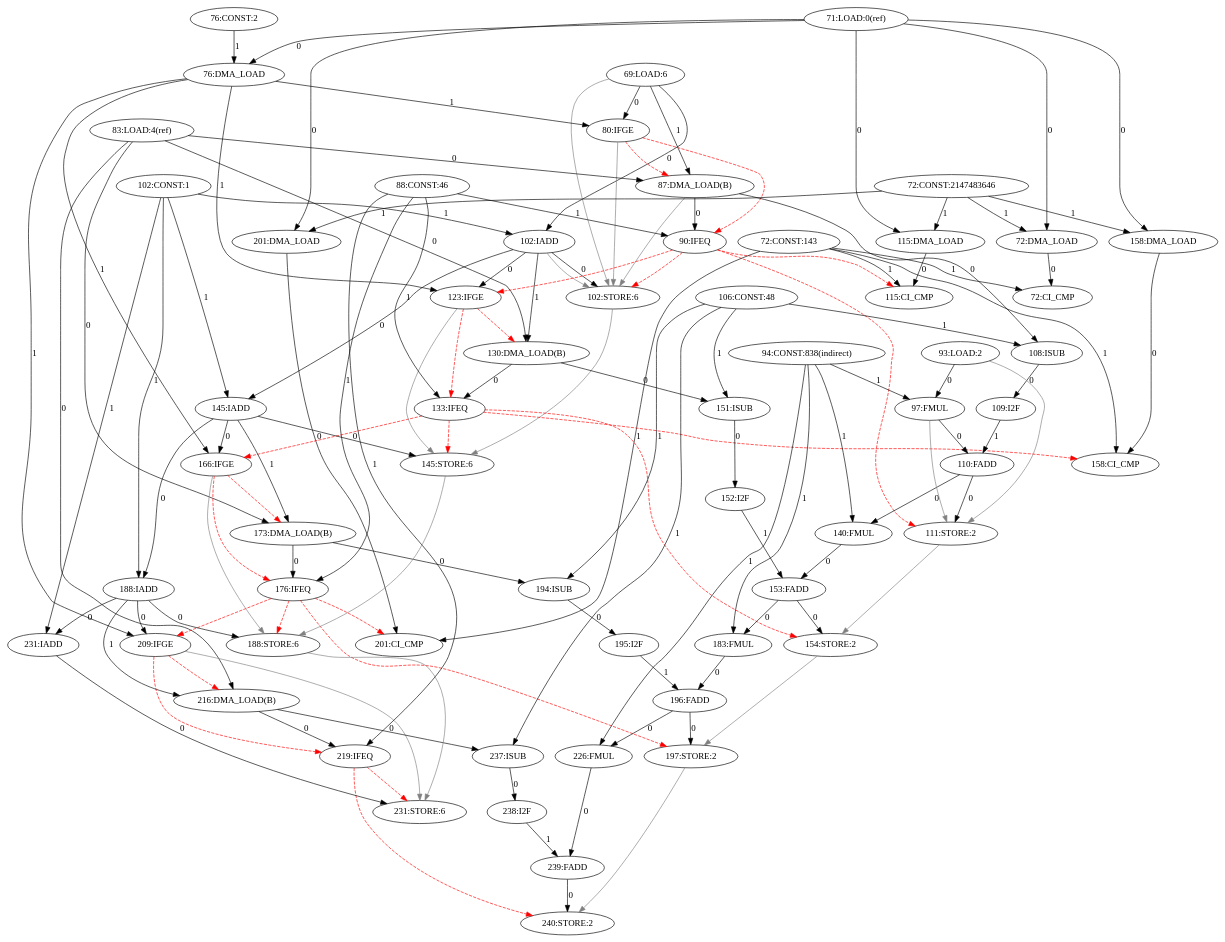
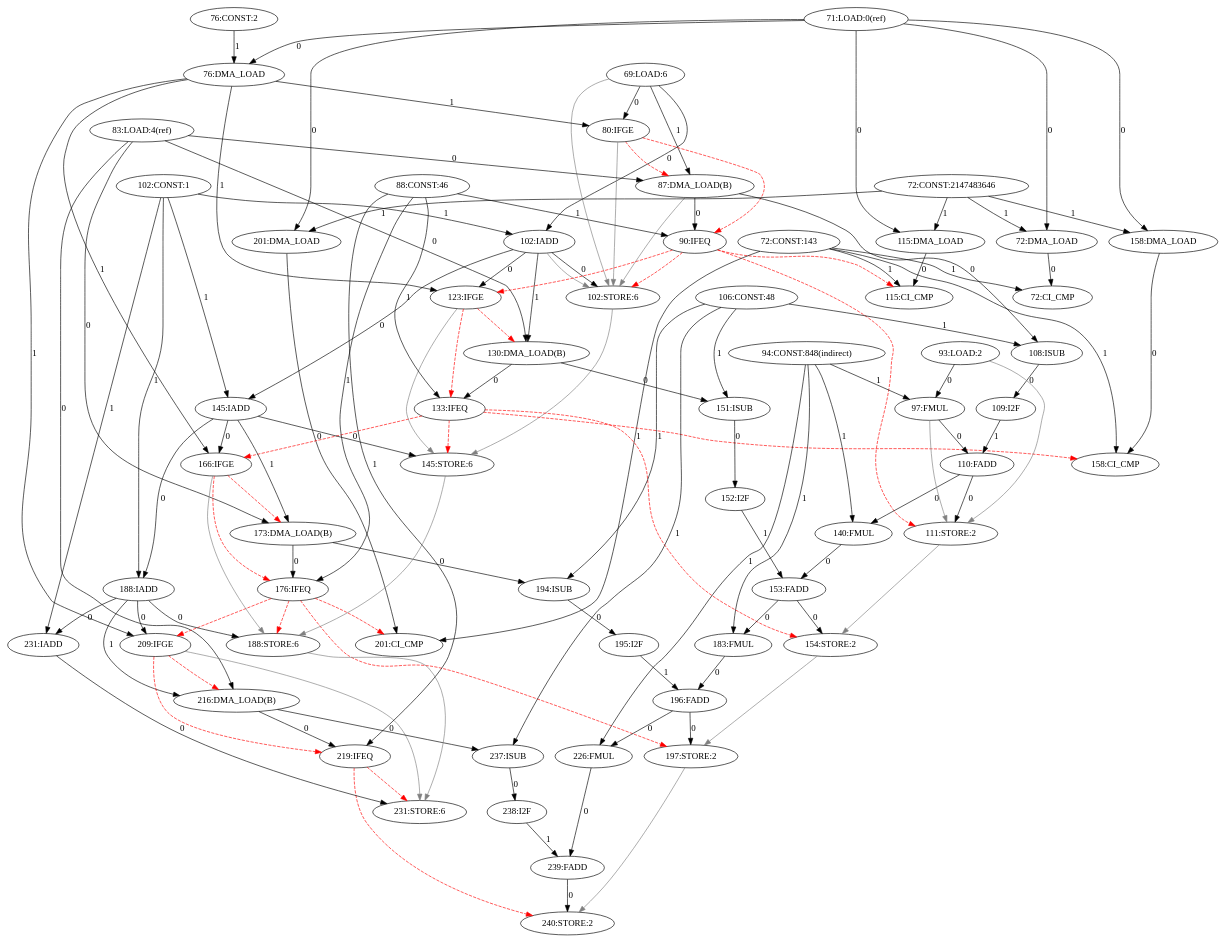
One commit to Ana-Borg/CGRA-Versuch changed the diagram in amidar-sim2/Amidar/log/java.lang.Float.parseFloat(Ljava.lang.String;)F-69-244-CDFG.dot. Above: the diagram before and after it, drawn with Graphviz. The commit also changed 119 other files, not shown here.

```diff
--- a/amidar-sim2/Amidar/log/java.lang.Float.parseFloat(Ljava.lang.String;)F-69-244-CDFG.dot
+++ b/amidar-sim2/Amidar/log/java.lang.Float.parseFloat(Ljava.lang.String;)F-69-244-CDFG.dot
@@ -1,125 +1,125 @@
 digraph depgraph {
 "102:IADD" -> "102:STORE:6"[label=0];
 "69:LOAD:6" -> "102:STORE:6"[color=gray];
 "80:IFGE" -> "102:STORE:6"[color=gray];
 "87:DMA_LOAD(B)" -> "102:STORE:6"[color=gray];
 "90:IFEQ" -> "102:STORE:6"[color=red,style=dashed];
 "102:IADD" -> "102:STORE:6"[color=gray];
 "69:LOAD:6" -> "80:IFGE"[label=0];
 "76:DMA_LOAD" -> "80:IFGE"[label=1];
 "83:LOAD:4(ref)" -> "87:DMA_LOAD(B)"[label=0];
 "69:LOAD:6" -> "87:DMA_LOAD(B)"[label=1];
 "80:IFGE" -> "87:DMA_LOAD(B)"[color=red,style=dashed];
 "69:LOAD:6" -> "102:IADD"[label=0];
 "102:CONST:1" -> "102:IADD"[label=1];
 "71:LOAD:0(ref)" -> "72:DMA_LOAD"[label=0];
 "72:CONST:2147483646" -> "72:DMA_LOAD"[label=1];
 "71:LOAD:0(ref)" -> "76:DMA_LOAD"[label=0];
 "76:CONST:2" -> "76:DMA_LOAD"[label=1];
 "71:LOAD:0(ref)" -> "115:DMA_LOAD"[label=0];
 "72:CONST:2147483646" -> "115:DMA_LOAD"[label=1];
 "71:LOAD:0(ref)" -> "158:DMA_LOAD"[label=0];
 "72:CONST:2147483646" -> "158:DMA_LOAD"[label=1];
 "71:LOAD:0(ref)" -> "201:DMA_LOAD"[label=0];
 "72:CONST:2147483646" -> "201:DMA_LOAD"[label=1];
 "72:DMA_LOAD" -> "72:CI_CMP"[label=0];
 "72:CONST:143" -> "72:CI_CMP"[label=1];
 "115:DMA_LOAD" -> "115:CI_CMP"[label=0];
 "72:CONST:143" -> "115:CI_CMP"[label=1];
 "90:IFEQ" -> "115:CI_CMP"[color=red,style=dashed];
 "158:DMA_LOAD" -> "158:CI_CMP"[label=0];
 "72:CONST:143" -> "158:CI_CMP"[label=1];
 "133:IFEQ" -> "158:CI_CMP"[color=red,style=dashed];
 "201:DMA_LOAD" -> "201:CI_CMP"[label=0];
 "72:CONST:143" -> "201:CI_CMP"[label=1];
 "176:IFEQ" -> "201:CI_CMP"[color=red,style=dashed];
 "102:IADD" -> "123:IFGE"[label=0];
 "76:DMA_LOAD" -> "123:IFGE"[label=1];
 "90:IFEQ" -> "123:IFGE"[color=red,style=dashed];
 "145:IADD" -> "166:IFGE"[label=0];
 "76:DMA_LOAD" -> "166:IFGE"[label=1];
 "133:IFEQ" -> "166:IFGE"[color=red,style=dashed];
 "188:IADD" -> "209:IFGE"[label=0];
 "76:DMA_LOAD" -> "209:IFGE"[label=1];
 "176:IFEQ" -> "209:IFGE"[color=red,style=dashed];
 "87:DMA_LOAD(B)" -> "90:IFEQ"[label=0];
 "88:CONST:46" -> "90:IFEQ"[label=1];
 "80:IFGE" -> "90:IFEQ"[color=red,style=dashed];
 "83:LOAD:4(ref)" -> "130:DMA_LOAD(B)"[label=0];
 "102:IADD" -> "130:DMA_LOAD(B)"[label=1];
 "123:IFGE" -> "130:DMA_LOAD(B)"[color=red,style=dashed];
 "83:LOAD:4(ref)" -> "173:DMA_LOAD(B)"[label=0];
 "145:IADD" -> "173:DMA_LOAD(B)"[label=1];
 "166:IFGE" -> "173:DMA_LOAD(B)"[color=red,style=dashed];
 "83:LOAD:4(ref)" -> "216:DMA_LOAD(B)"[label=0];
 "188:IADD" -> "216:DMA_LOAD(B)"[label=1];
 "209:IFGE" -> "216:DMA_LOAD(B)"[color=red,style=dashed];
 "87:DMA_LOAD(B)" -> "108:ISUB"[label=0];
 "106:CONST:48" -> "108:ISUB"[label=1];
 "130:DMA_LOAD(B)" -> "133:IFEQ"[label=0];
 "88:CONST:46" -> "133:IFEQ"[label=1];
 "123:IFGE" -> "133:IFEQ"[color=red,style=dashed];
 "173:DMA_LOAD(B)" -> "176:IFEQ"[label=0];
 "88:CONST:46" -> "176:IFEQ"[label=1];
 "166:IFGE" -> "176:IFEQ"[color=red,style=dashed];
 "216:DMA_LOAD(B)" -> "219:IFEQ"[label=0];
 "88:CONST:46" -> "219:IFEQ"[label=1];
 "209:IFGE" -> "219:IFEQ"[color=red,style=dashed];
 "110:FADD" -> "111:STORE:2"[label=0];
 "90:IFEQ" -> "111:STORE:2"[color=red,style=dashed];
 "93:LOAD:2" -> "111:STORE:2"[color=gray];
 "97:FMUL" -> "111:STORE:2"[color=gray];
 "93:LOAD:2" -> "97:FMUL"[label=0];
-"94:CONST:838(indirect)" -> "97:FMUL"[label=1];
+"94:CONST:848(indirect)" -> "97:FMUL"[label=1];
 "110:FADD" -> "140:FMUL"[label=0];
-"94:CONST:838(indirect)" -> "140:FMUL"[label=1];
+"94:CONST:848(indirect)" -> "140:FMUL"[label=1];
 "153:FADD" -> "183:FMUL"[label=0];
-"94:CONST:838(indirect)" -> "183:FMUL"[label=1];
+"94:CONST:848(indirect)" -> "183:FMUL"[label=1];
 "196:FADD" -> "226:FMUL"[label=0];
-"94:CONST:838(indirect)" -> "226:FMUL"[label=1];
+"94:CONST:848(indirect)" -> "226:FMUL"[label=1];
 "97:FMUL" -> "110:FADD"[label=0];
 "109:I2F" -> "110:FADD"[label=1];
 "102:IADD" -> "145:IADD"[label=0];
 "102:CONST:1" -> "145:IADD"[label=1];
 "145:IADD" -> "188:IADD"[label=0];
 "102:CONST:1" -> "188:IADD"[label=1];
 "188:IADD" -> "231:IADD"[label=0];
 "102:CONST:1" -> "231:IADD"[label=1];
 "145:IADD" -> "145:STORE:6"[label=0];
 "102:STORE:6" -> "145:STORE:6"[color=gray];
 "123:IFGE" -> "145:STORE:6"[color=gray];
 "133:IFEQ" -> "145:STORE:6"[color=red,style=dashed];
 "130:DMA_LOAD(B)" -> "151:ISUB"[label=0];
 "106:CONST:48" -> "151:ISUB"[label=1];
 "173:DMA_LOAD(B)" -> "194:ISUB"[label=0];
 "106:CONST:48" -> "194:ISUB"[label=1];
 "216:DMA_LOAD(B)" -> "237:ISUB"[label=0];
 "106:CONST:48" -> "237:ISUB"[label=1];
 "108:ISUB" -> "109:I2F"[label=0];
 "153:FADD" -> "154:STORE:2"[label=0];
 "111:STORE:2" -> "154:STORE:2"[color=gray];
 "133:IFEQ" -> "154:STORE:2"[color=red,style=dashed];
 "140:FMUL" -> "153:FADD"[label=0];
 "152:I2F" -> "153:FADD"[label=1];
 "188:IADD" -> "188:STORE:6"[label=0];
 "145:STORE:6" -> "188:STORE:6"[color=gray];
 "166:IFGE" -> "188:STORE:6"[color=gray];
 "176:IFEQ" -> "188:STORE:6"[color=red,style=dashed];
 "151:ISUB" -> "152:I2F"[label=0];
 "196:FADD" -> "197:STORE:2"[label=0];
 "154:STORE:2" -> "197:STORE:2"[color=gray];
 "176:IFEQ" -> "197:STORE:2"[color=red,style=dashed];
 "183:FMUL" -> "196:FADD"[label=0];
 "195:I2F" -> "196:FADD"[label=1];
 "231:IADD" -> "231:STORE:6"[label=0];
 "188:STORE:6" -> "231:STORE:6"[color=gray];
 "209:IFGE" -> "231:STORE:6"[color=gray];
 "219:IFEQ" -> "231:STORE:6"[color=red,style=dashed];
 "194:ISUB" -> "195:I2F"[label=0];
 "239:FADD" -> "240:STORE:2"[label=0];
 "197:STORE:2" -> "240:STORE:2"[color=gray];
 "219:IFEQ" -> "240:STORE:2"[color=red,style=dashed];
 "226:FMUL" -> "239:FADD"[label=0];
 "238:I2F" -> "239:FADD"[label=1];
 "237:ISUB" -> "238:I2F"[label=0];
 }
```
